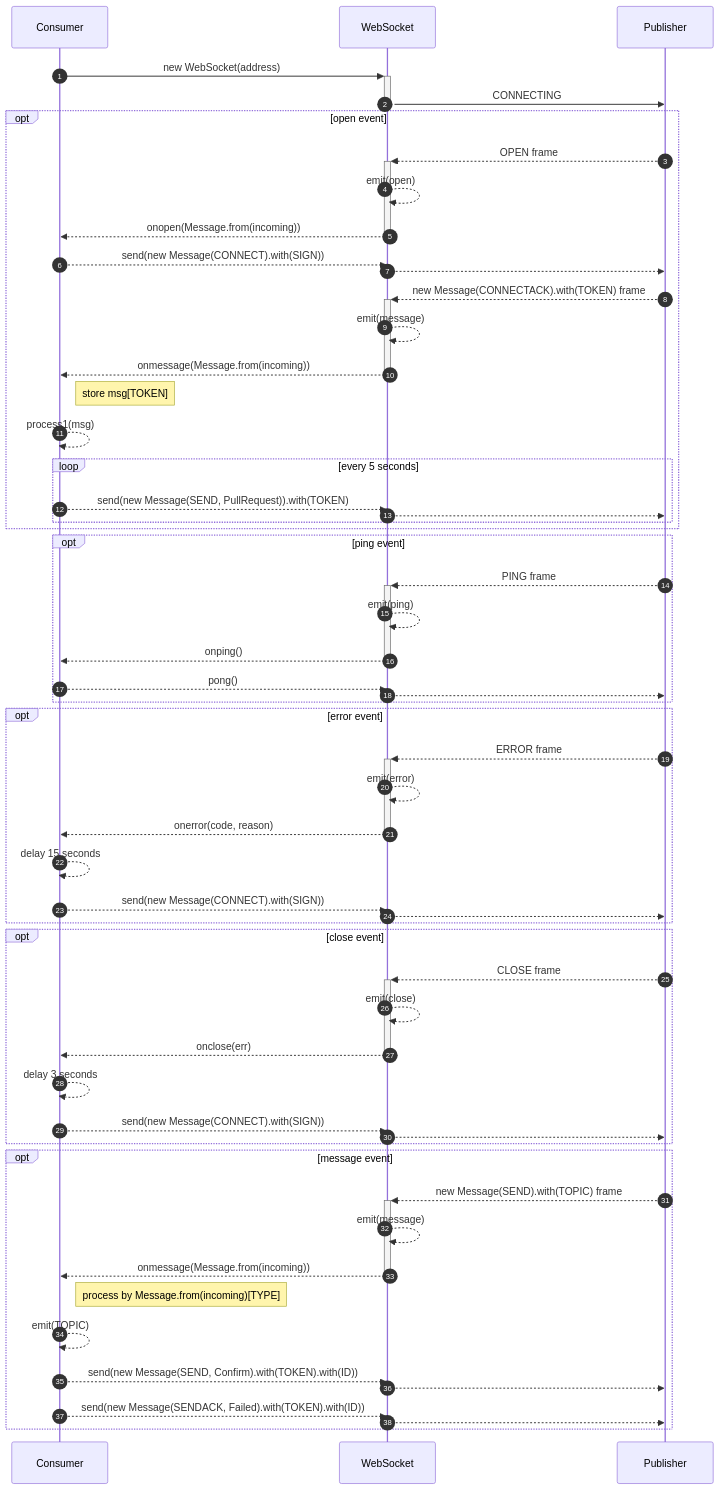
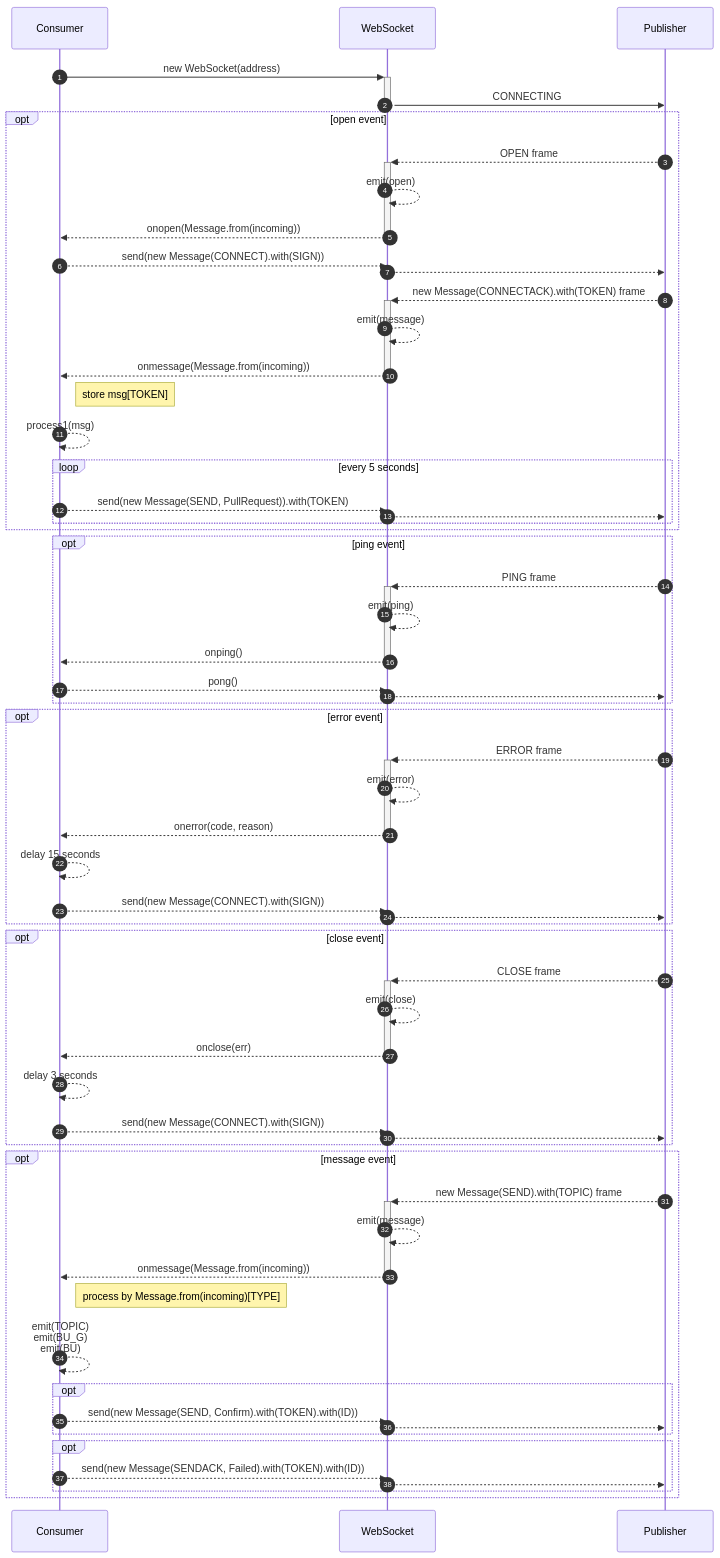
The diagram in .github/sdk-sequence.mmd (TheNorthMemory/tmc.js), drawn with Mermaid before and after one commit. The commit also changed 5 other files, not shown here.

```diff
--- a/.github/sdk-sequence.mmd
+++ b/.github/sdk-sequence.mmd
@@ -1,56 +1,60 @@
 sequenceDiagram
     autonumber
     Consumer->>+WebSocket: new WebSocket(address)
     WebSocket->>-Publisher: CONNECTING
     opt open event
         Publisher-->>+WebSocket: OPEN frame
         WebSocket-->> WebSocket: emit(open)
         WebSocket-->>-Consumer: onopen(Message.from(incoming))
         Consumer-->>WebSocket: send(new Message(CONNECT).with(SIGN))
         WebSocket-->>Publisher: 
         Publisher-->>+WebSocket: new Message(CONNECTACK).with(TOKEN) frame
         WebSocket-->> WebSocket: emit(message)
         WebSocket-->>-Consumer: onmessage(Message.from(incoming))
         Note right of Consumer: store msg[TOKEN]
         Consumer-->>Consumer: process1(msg)
         loop every 5 seconds
             Consumer-->>WebSocket: send(new Message(SEND, PullRequest)).with(TOKEN)
             WebSocket-->>Publisher: 
         end
     end
     opt ping event
         Publisher-->>+WebSocket: PING frame
         WebSocket-->> WebSocket: emit(ping)
         WebSocket-->>-Consumer: onping()
         Consumer -->> WebSocket: pong()
         WebSocket-->> Publisher: 
     end
     opt error event
         Publisher-->>+WebSocket: ERROR frame
         WebSocket-->> WebSocket: emit(error)
         WebSocket-->>-Consumer: onerror(code, reason)
         Consumer-->>Consumer: delay 15 seconds
         Consumer-->>WebSocket: send(new Message(CONNECT).with(SIGN))
         WebSocket-->>Publisher: 
     end
     opt close event
         Publisher-->>+WebSocket: CLOSE frame
         WebSocket-->> WebSocket: emit(close)
         WebSocket-->>-Consumer: onclose(err)
         Consumer -->> Consumer: delay 3 seconds
         Consumer -->> WebSocket: send(new Message(CONNECT).with(SIGN))
         WebSocket-->> Publisher: 
     end
     opt message event
         Publisher-->>+WebSocket: new Message(SEND).with(TOPIC) frame
         WebSocket-->> WebSocket: emit(message)
         WebSocket-->>-Consumer: onmessage(Message.from(incoming))
         Note right of Consumer: process by Message.from(incoming)[TYPE]
-        Consumer-->> Consumer: emit(TOPIC)
-        Consumer-->> WebSocket: send(new Message(SEND, Confirm).with(TOKEN).with(ID))
-        WebSocket-->>Publisher: 
-        Consumer-->> WebSocket: send(new Message(SENDACK, Failed).with(TOKEN).with(ID))
-        WebSocket-->>Publisher: 
+        Consumer-->> Consumer: emit(TOPIC) <br/> emit(BU_G) <br/> emit(BU)
+        opt 
+            Consumer-->> WebSocket: send(new Message(SEND, Confirm).with(TOKEN).with(ID))
+            WebSocket-->>Publisher: 
+        end
+        opt 
+            Consumer-->> WebSocket: send(new Message(SENDACK, Failed).with(TOKEN).with(ID))
+            WebSocket-->>Publisher: 
+        end
     end
 %% npx -p @mermaid-js/mermaid-cli mmdc -i sdk-sequence.mmd -o sdk-sequence.svg
-%% sed -i '' 's/-16[0-9]\{11\}/-div/g;s/max-width: 1162px; //' sdk-sequence.svg
+%% sed -i '' 's/-16[0-9]\{11\}/-div/g;s/max-width: 1172px; //' sdk-sequence.svg
```
